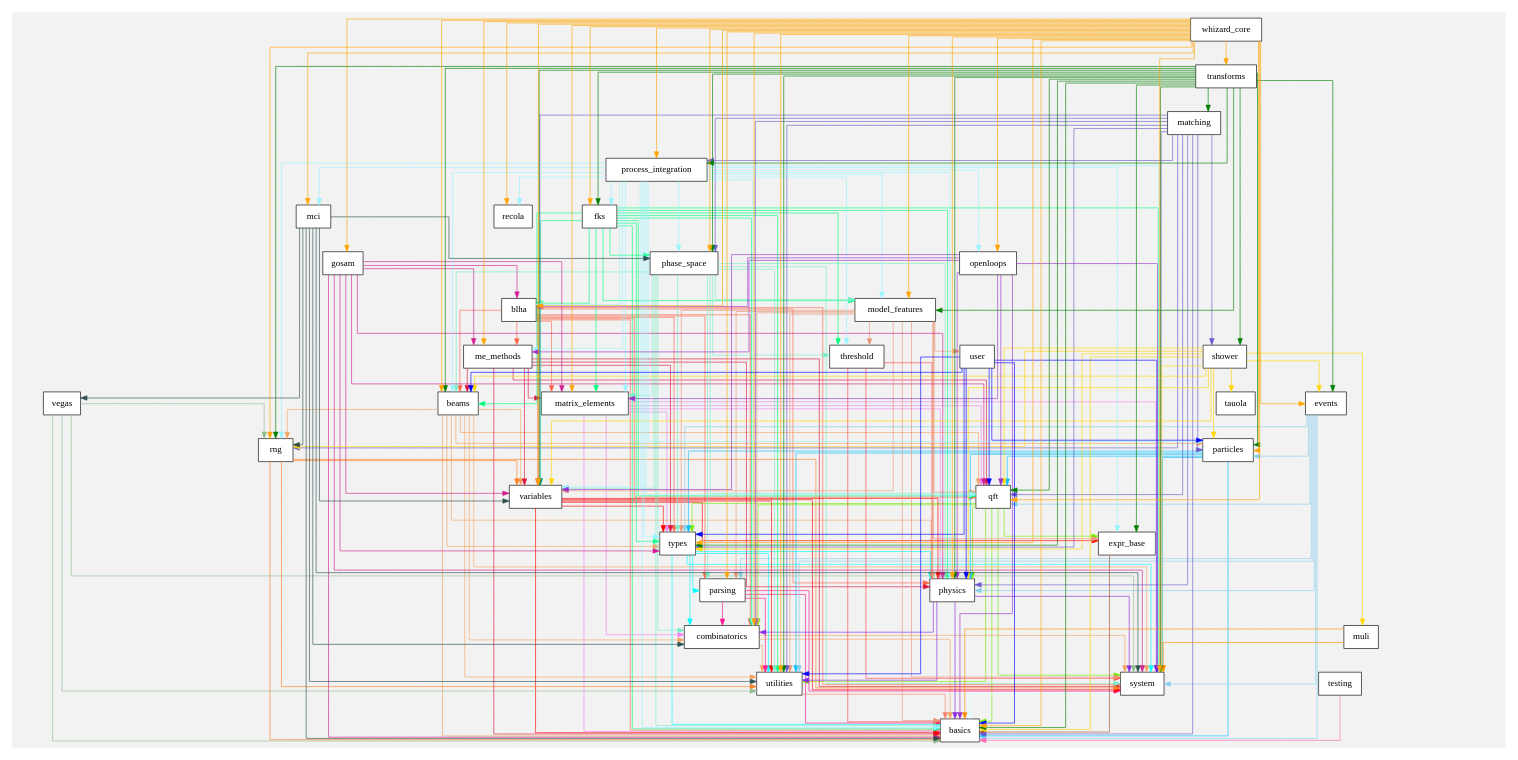
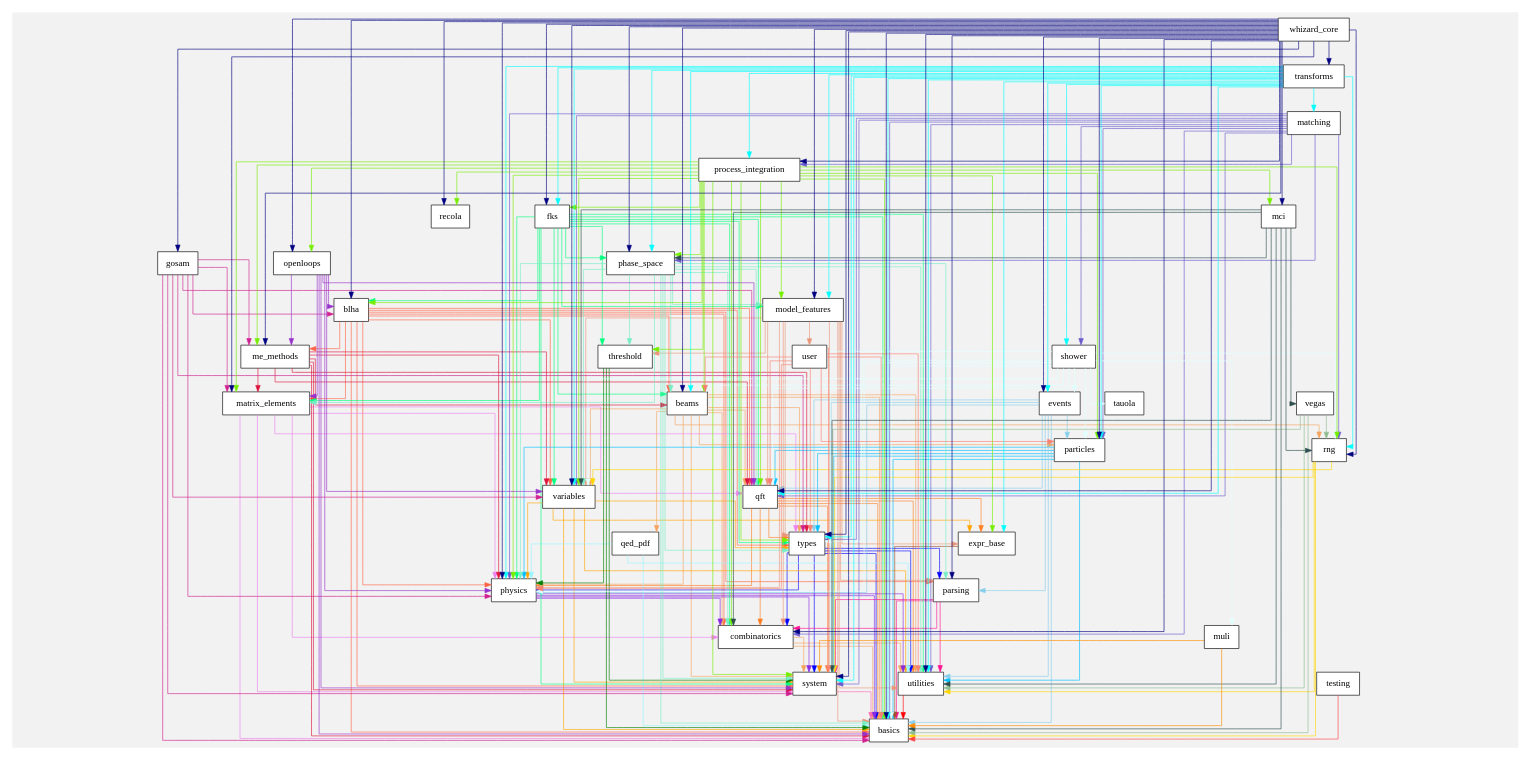
One commit to bendavid/whizard changed the diagram in share/doc/overview.dot. Above: the diagram before and after it, drawn with Graphviz. The commit also changed 1043 other files, not shown here.

```diff
--- a/share/doc/overview.dot
+++ b/share/doc/overview.dot
@@ -32,6 +32,7 @@
 beams -> particles
 beams -> utilities
 beams -> rng
+beams -> qed_pdf
 beams -> physics
 beams -> types
 }
@@ -247,6 +248,14 @@
  style=filled 
  color=gray95 
 edge[color=cadetblue1]
+qed_pdf -> basics
+qed_pdf -> physics
+qed_pdf -> utilities
+}
+subgraph cluster0 {
+ style=filled 
+ color=gray95 
+edge[color=chartreuse2]
 process_integration -> beams
 process_integration -> model_features
 process_integration -> fks
@@ -272,7 +281,7 @@
 subgraph cluster0 {
  style=filled 
  color=gray95 
-edge[color=chartreuse2]
+edge[color=chocolate1]
 qft -> system
 qft -> types
 qft -> basics
@@ -284,7 +293,7 @@
 subgraph cluster0 {
  style=filled 
  color=gray95 
-edge[color=chocolate1]
+edge[color=gold]
 rng -> variables
 rng -> basics
 rng -> system
@@ -293,7 +302,7 @@
 subgraph cluster0 {
  style=filled 
  color=gray95 
-edge[color=gold]
+edge[color=lightcyan]
 shower -> beams
 shower -> variables
 shower -> rng
@@ -310,19 +319,19 @@
 subgraph cluster0 {
  style=filled 
  color=gray95 
-edge[color=lightcyan]
+edge[color=hotpink]
 system -> basics
 }
 subgraph cluster0 {
  style=filled 
  color=gray95 
-edge[color=hotpink]
+edge[color=brown1]
 testing -> basics
 }
 subgraph cluster0 {
  style=filled 
  color=gray95 
-edge[color=brown1]
+edge[color=green]
 threshold -> physics
 threshold -> system
 threshold -> basics
@@ -330,7 +339,7 @@
 subgraph cluster0 {
  style=filled 
  color=gray95 
-edge[color=green]
+edge[color=cyan]
 transforms -> basics
 transforms -> process_integration
 transforms -> rng
@@ -353,7 +362,7 @@
 subgraph cluster0 {
  style=filled 
  color=gray95 
-edge[color=cyan]
+edge[color=blue]
 types -> system
 types -> utilities
 types -> combinatorics
@@ -364,7 +373,7 @@
 subgraph cluster0 {
  style=filled 
  color=gray95 
-edge[color=blue]
+edge[color=salmon]
 user -> beams
 user -> utilities
 user -> qft
@@ -377,13 +386,13 @@
 subgraph cluster0 {
  style=filled 
  color=gray95 
-edge[color=salmon]
+edge[color=red]
 utilities -> basics
 }
 subgraph cluster0 {
  style=filled 
  color=gray95 
-edge[color=red]
+edge[color=orange]
 variables -> expr_base
 variables -> utilities
 variables -> system
@@ -394,7 +403,7 @@
 subgraph cluster0 {
  style=filled 
  color=gray95 
-edge[color=orange]
+edge[color=navy]
 whizard_core -> events
 whizard_core -> rng
 whizard_core -> fks
```
